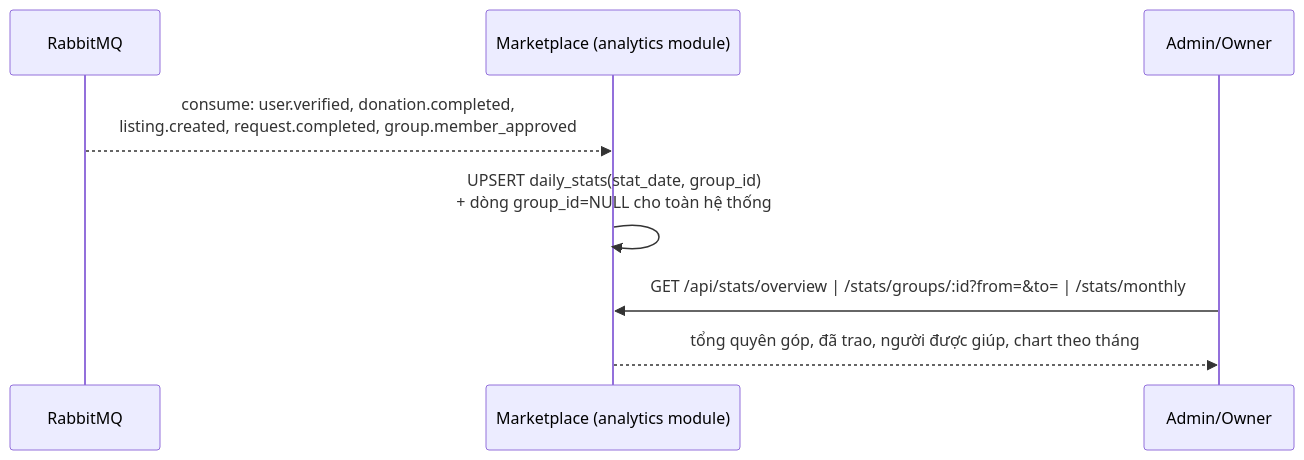
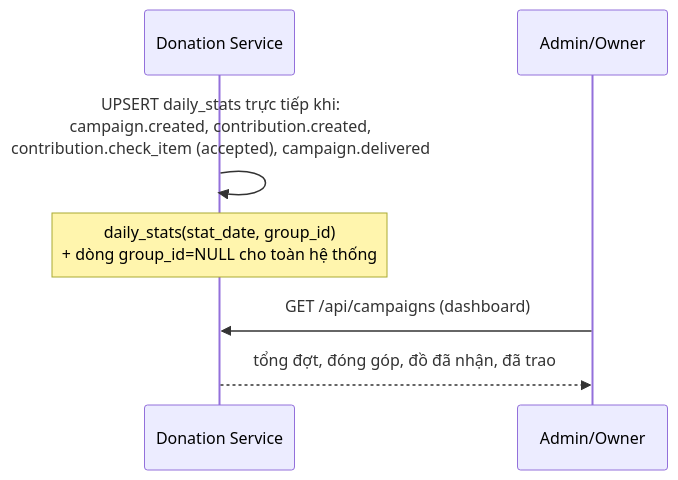
One commit to hieusoft/project4 changed diagram 13 of 14 in docs/flows.md. Above: the diagram before and after it, drawn with Mermaid. The commit also changed other lines of this file and 62 other files, not shown here.

First line of the commit message:
feat(donation-service): refactor marketplace into campaigns model

````diff
--- a/docs/flows.md
+++ b/docs/flows.md
@@ -309,10 +272,9 @@
 ```mermaid
 sequenceDiagram
-    participant MQ as RabbitMQ
-    participant ANA as Marketplace (analytics module)
+    participant DON as Donation Service
     participant AD as Admin/Owner
-    MQ-->>ANA: consume: user.verified, donation.completed,<br/>listing.created, request.completed, group.member_approved
-    ANA->>ANA: UPSERT daily_stats(stat_date, group_id)<br/>+ dòng group_id=NULL cho toàn hệ thống
-    AD->>ANA: GET /api/stats/overview | /stats/groups/:id?from=&to= | /stats/monthly
-    ANA-->>AD: tổng quyên góp, đã trao, người được giúp, chart theo tháng
+    DON->>DON: UPSERT daily_stats trực tiếp khi:<br/>campaign.created, contribution.created,<br/>contribution.check_item (accepted), campaign.delivered
+    Note over DON: daily_stats(stat_date, group_id)<br/>+ dòng group_id=NULL cho toàn hệ thống
+    AD->>DON: GET /api/campaigns (dashboard)
+    DON-->>AD: tổng đợt, đóng góp, đồ đã nhận, đã trao
 ```
````
